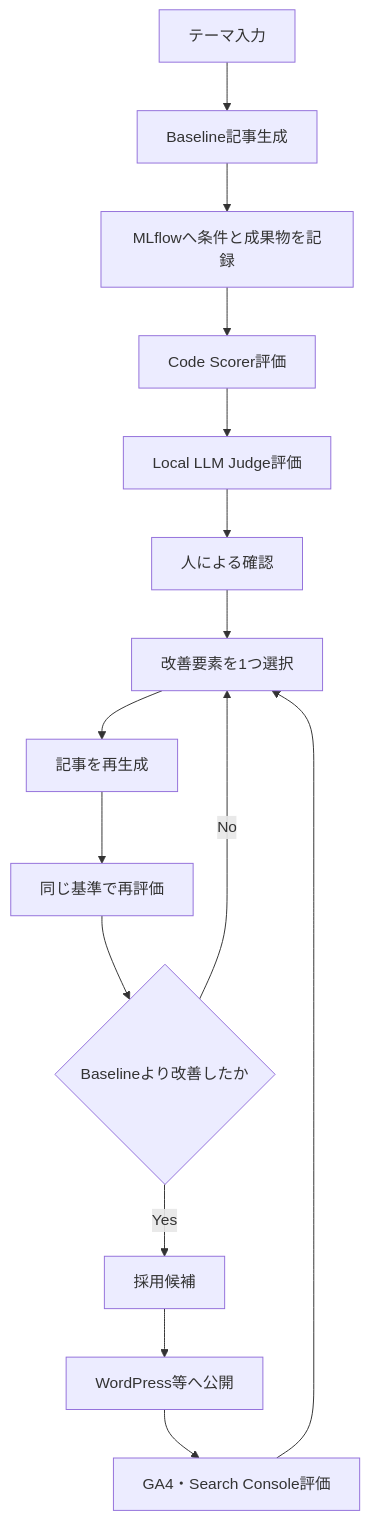
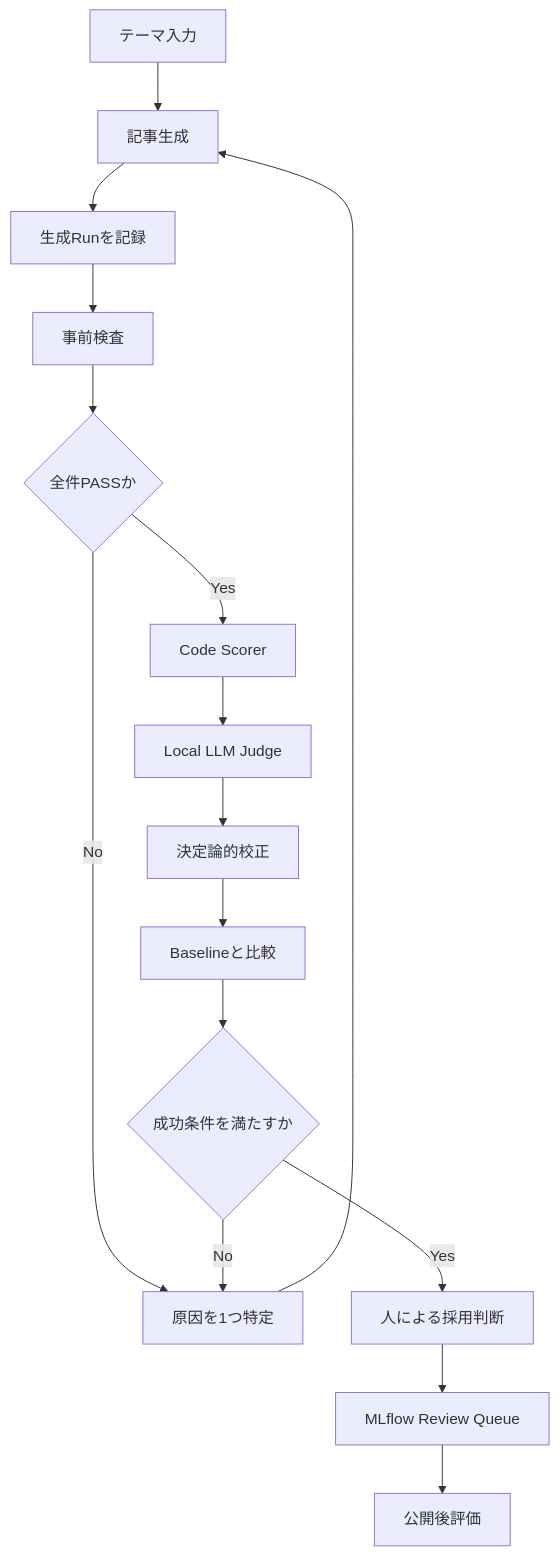
The diagram in README.md (terachi2022/tech-blog-mlflow), drawn with Mermaid before and after one commit. The commit also changed other lines of this file and 162 other files, not shown here.

````diff
--- a/README.md
+++ b/README.md
@@ -59,17 +75,18 @@
 ```mermaid
 flowchart TD
-    A[テーマ入力] --> B[Baseline記事生成]
-    B --> C[MLflowへ条件と成果物を記録]
-    C --> D[Code Scorer評価]
-    D --> E[Local LLM Judge評価]
-    E --> F[人による確認]
-    F --> G[改善要素を1つ選択]
-    G --> H[記事を再生成]
-    H --> I[同じ基準で再評価]
-    I --> J{Baselineより改善したか}
-    J -- Yes --> K[採用候補]
-    J -- No --> G
-    K --> L[WordPress等へ公開]
-    L --> M[GA4・Search Console評価]
-    M --> G
+    A[テーマ入力] --> B[記事生成]
+    B --> C[生成Runを記録]
+    C --> D[事前検査]
+    D --> E{全件PASSか}
+    E -- No --> F[原因を1つ特定]
+    F --> B
+    E -- Yes --> G[Code Scorer]
+    G --> H[Local LLM Judge]
+    H --> I[決定論的校正]
+    I --> J[Baselineと比較]
+    J --> K{成功条件を満たすか}
+    K -- No --> F
+    K -- Yes --> L[人による採用判断]
+    L --> M[MLflow Review Queue]
+    M --> N[公開後評価]
 ```
````
